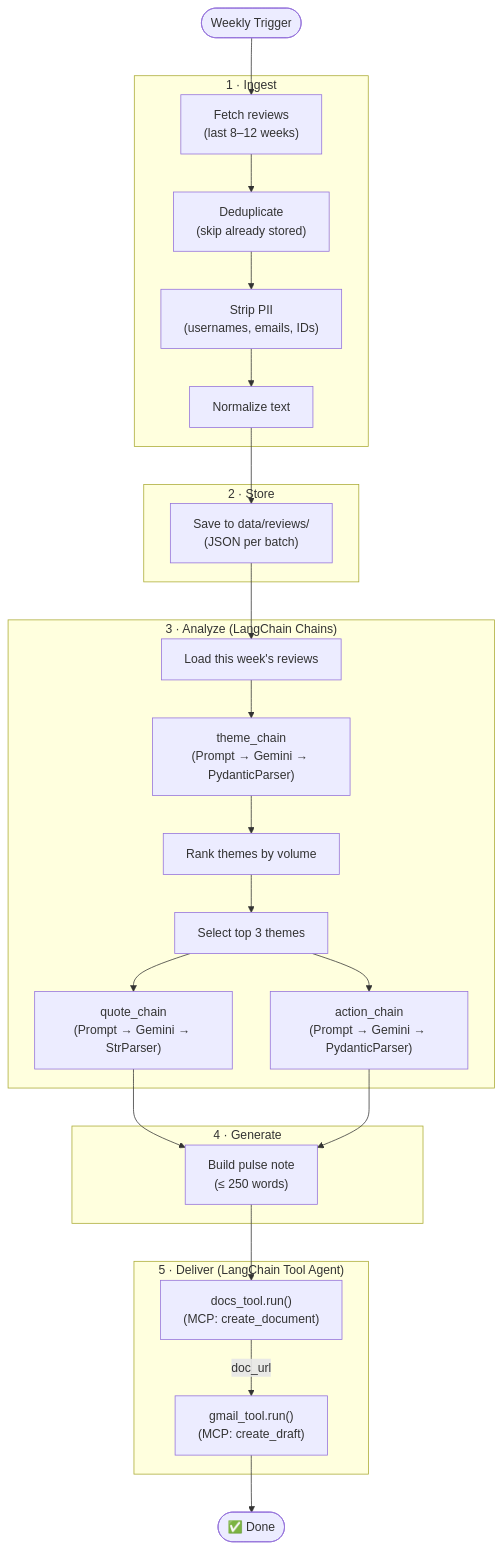
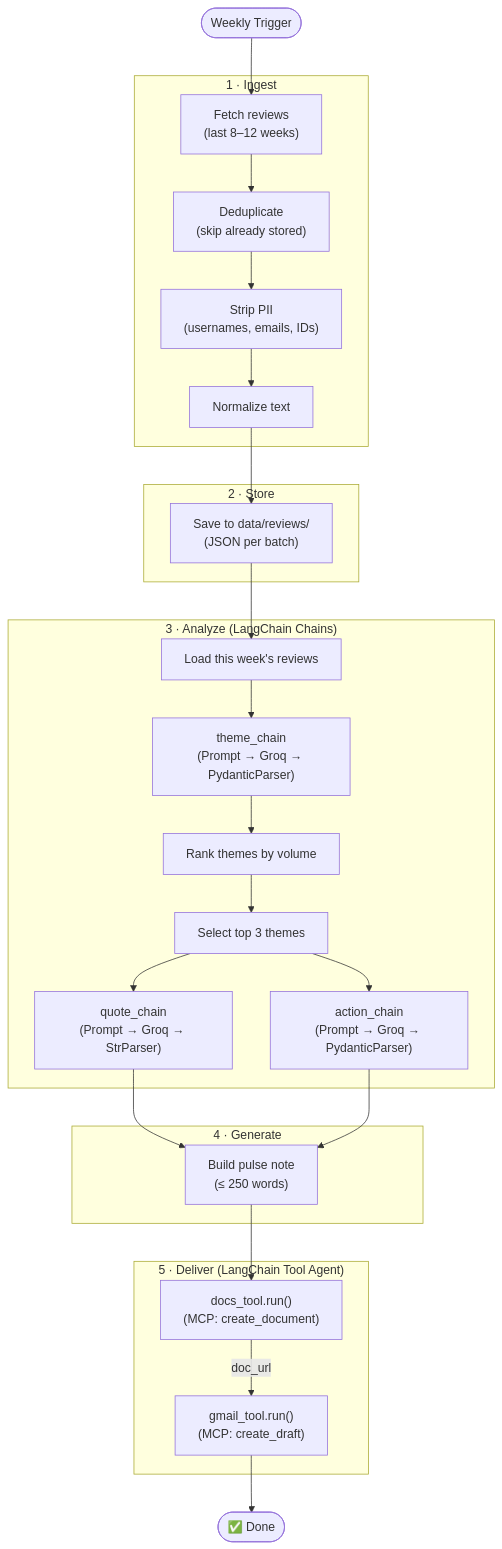
Before and after one commit to n21jindal-maker/Groww-Reviews: the sixth of 7 diagrams in Docs/architecture.md, drawn with Mermaid. The commit also changed other lines of this file and 24 other files, not shown here.

````diff
--- a/Docs/architecture.md
+++ b/Docs/architecture.md
@@ -341,45 +341,45 @@
 ```mermaid
 flowchart TD
     START(["Weekly Trigger"]) --> FETCH
 
     subgraph INGEST ["1 · Ingest"]
         FETCH["Fetch reviews\n(last 8–12 weeks)"]
         DEDUP["Deduplicate\n(skip already stored)"]
         STRIP["Strip PII\n(usernames, emails, IDs)"]
         NORM["Normalize text"]
         FETCH --> DEDUP --> STRIP --> NORM
     end
 
     subgraph STORE ["2 · Store"]
         SAVE["Save to data/reviews/\n(JSON per batch)"]
     end
 
     subgraph ANALYZE ["3 · Analyze (LangChain Chains)"]
         LOAD["Load this week's reviews"]
-        CLUSTER["theme_chain\n(Prompt → Gemini → PydanticParser)"]
+        CLUSTER["theme_chain\n(Prompt → Groq → PydanticParser)"]
         RANK["Rank themes by volume"]
         TOP3["Select top 3 themes"]
-        QUOTES["quote_chain\n(Prompt → Gemini → StrParser)"]
-        ACTIONS["action_chain\n(Prompt → Gemini → PydanticParser)"]
+        QUOTES["quote_chain\n(Prompt → Groq → StrParser)"]
+        ACTIONS["action_chain\n(Prompt → Groq → PydanticParser)"]
         LOAD --> CLUSTER --> RANK --> TOP3
         TOP3 --> QUOTES
         TOP3 --> ACTIONS
     end
 
     subgraph GENERATE ["4 · Generate"]
         BUILD["Build pulse note\n(≤ 250 words)"]
         QUOTES --> BUILD
         ACTIONS --> BUILD
     end
 
     subgraph DELIVER ["5 · Deliver (LangChain Tool Agent)"]
         DOCS["docs_tool.run()\n(MCP: create_document)"]
         GMAIL["gmail_tool.run()\n(MCP: create_draft)"]
         BUILD --> DOCS
         DOCS -->|doc_url| GMAIL
     end
 
     NORM --> SAVE
     SAVE --> LOAD
     GMAIL --> DONE(["✅ Done"])
 ```
````
